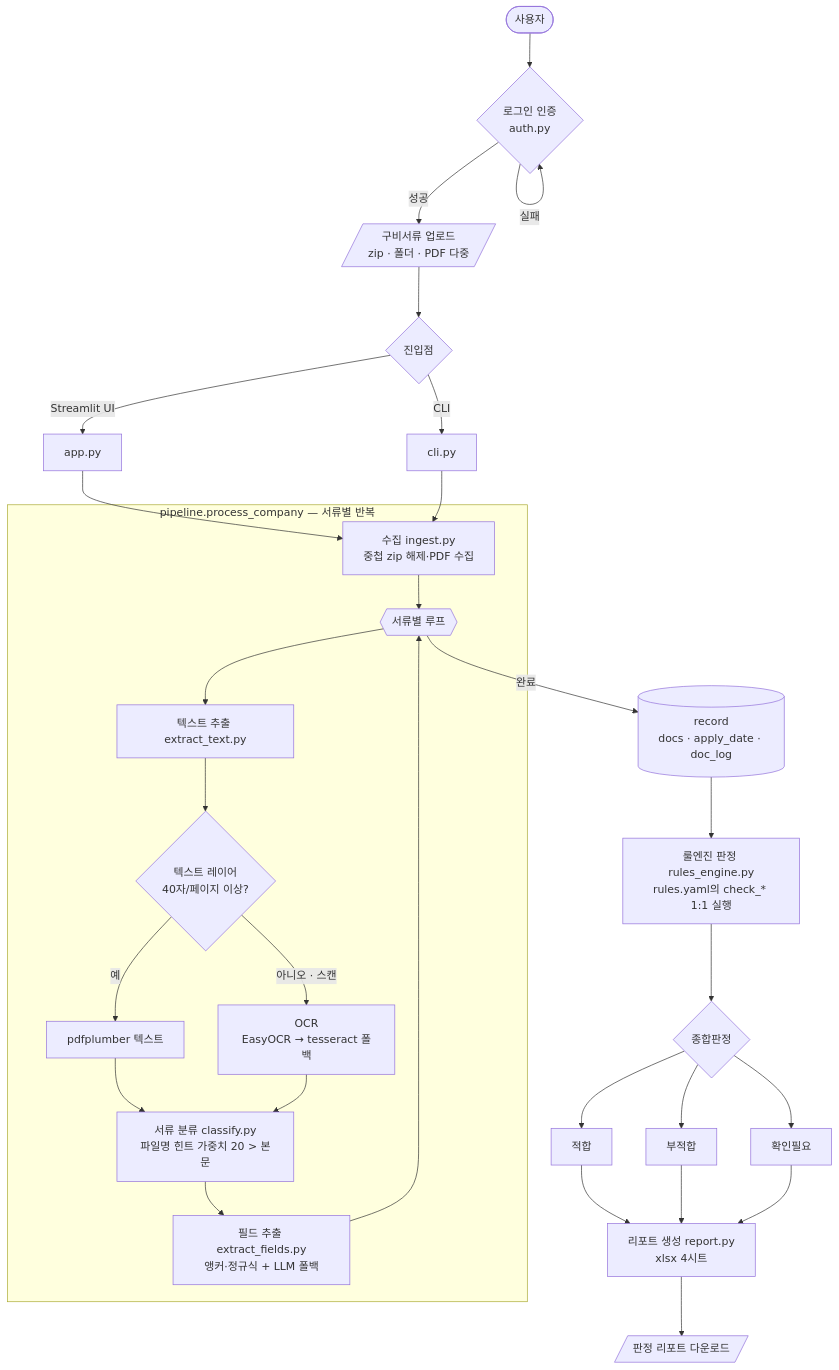
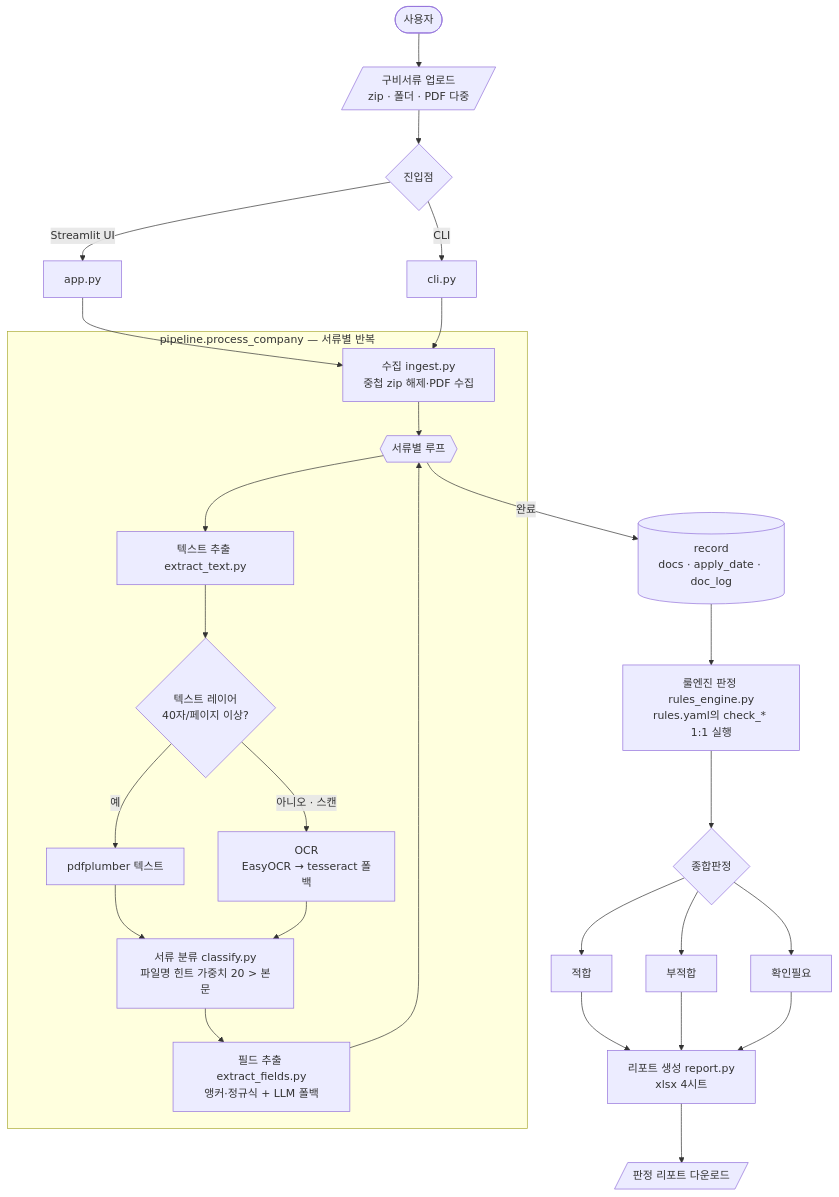
The diagram in README.md (rola80/cluster-monitoring), drawn with Mermaid before and after one commit. The commit also changed other lines of this file and 5 other files, not shown here.

````diff
--- a/README.md
+++ b/README.md
@@ -11,34 +11,32 @@
 ```mermaid
 flowchart TD
-    U([사용자]) --> LOGIN{로그인 인증<br/>auth.py}
-    LOGIN -- 실패 --> LOGIN
-    LOGIN -- 성공 --> UP[/구비서류 업로드<br/>zip · 폴더 · PDF 다중/]
+    U([사용자]) --> UP[/구비서류 업로드<br/>zip · 폴더 · PDF 다중/]
     UP --> ENTRY{진입점}
     ENTRY -->|Streamlit UI| APP[app.py]
     ENTRY -->|CLI| CLI[cli.py]
     APP --> PROC
     CLI --> PROC
 
     subgraph PIPE["pipeline.process_company — 서류별 반복"]
         PROC[수집 ingest.py<br/>중첩 zip 해제·PDF 수집] --> LOOP{{서류별 루프}}
         LOOP --> EXTRACT[텍스트 추출 extract_text.py]
         EXTRACT --> HASTEXT{텍스트 레이어<br/>40자/페이지 이상?}
         HASTEXT -->|예| TXT[pdfplumber 텍스트]
         HASTEXT -->|아니오 · 스캔| OCR[OCR<br/>EasyOCR → tesseract 폴백]
         TXT --> CLS
         OCR --> CLS
         CLS[서류 분류 classify.py<br/>파일명 힌트 가중치 20 > 본문] --> FLD[필드 추출 extract_fields.py<br/>앵커·정규식 + LLM 폴백]
         FLD --> LOOP
     end
 
     LOOP -->|완료| REC[(record<br/>docs · apply_date · doc_log)]
     REC --> RULES[룰엔진 판정 rules_engine.py<br/>rules.yaml의 check_* 1:1 실행]
     RULES --> JUDGE{종합판정}
     JUDGE --> A[적합]
     JUDGE --> B[부적합]
     JUDGE --> C[확인필요]
     A --> REP
     B --> REP
     C --> REP
     REP[리포트 생성 report.py<br/>xlsx 4시트] --> DL[/판정 리포트 다운로드/]
 ```
````
